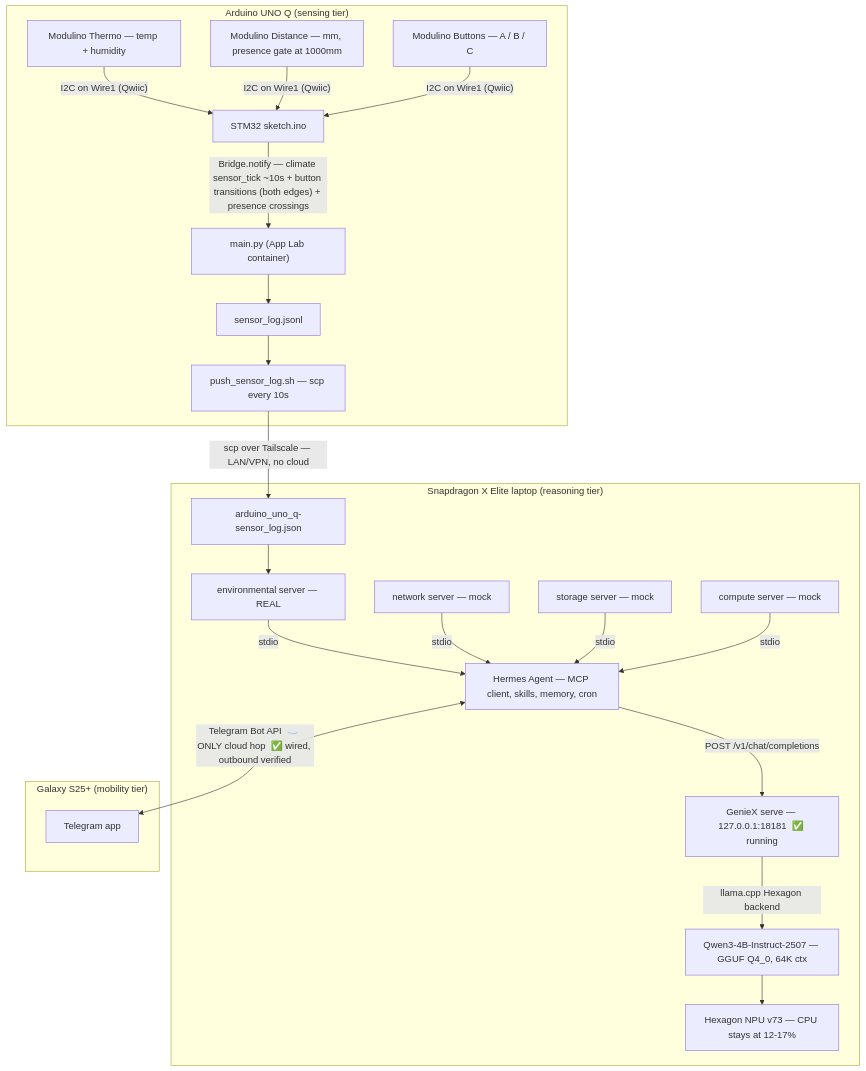
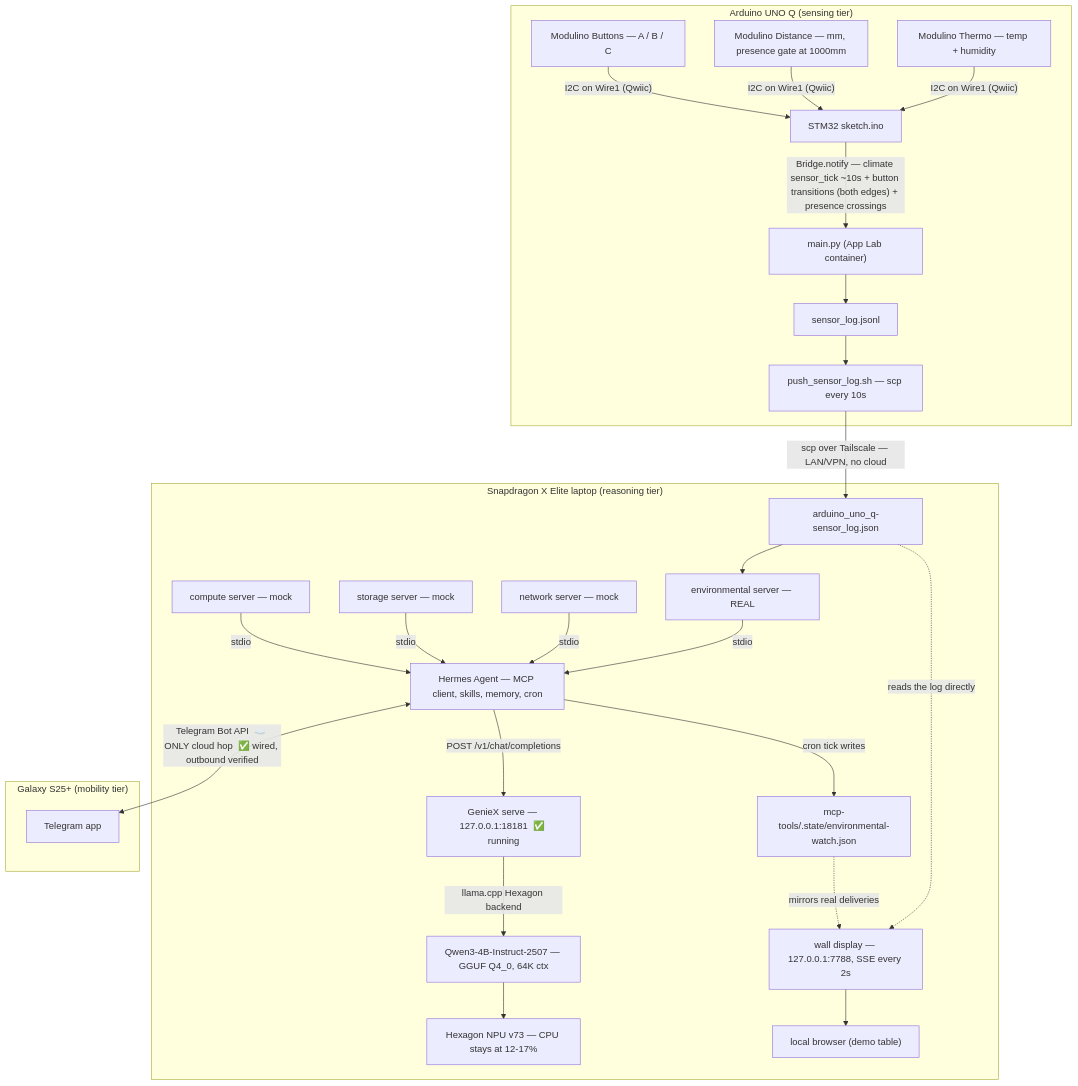
Before and after one commit to aryanil89/SMH-Hermes: the first of 4 diagrams in docs/ARCHITECTURE.md, drawn with Mermaid. The commit also changed other lines of this file and 20 other files, not shown here.

````diff
--- a/docs/ARCHITECTURE.md
+++ b/docs/ARCHITECTURE.md
@@ -17,45 +17,52 @@
 ```mermaid
 flowchart TD
     subgraph board["Arduino UNO Q  (sensing tier)"]
         TH["Modulino Thermo — temp + humidity"]
         DI["Modulino Distance — mm, presence gate at 1000mm"]
         BU["Modulino Buttons — A / B / C"]
         MCU["STM32 sketch.ino"]
         PY["main.py (App Lab container)"]
         LOG["sensor_log.jsonl"]
         PUSH["push_sensor_log.sh — scp every 10s"]
         TH -->|"I2C on Wire1 (Qwiic)"| MCU
         DI -->|"I2C on Wire1 (Qwiic)"| MCU
         BU -->|"I2C on Wire1 (Qwiic)"| MCU
         MCU -->|"Bridge.notify — climate sensor_tick ~10s + button transitions (both edges) + presence crossings"| PY
         PY --> LOG
         LOG --> PUSH
     end
 
     subgraph laptop["Snapdragon X Elite laptop  (reasoning tier)"]
         FILE["arduino_uno_q-sensor_log.json"]
         ENV["environmental server — REAL"]
         NET["network server — mock"]
         STO["storage server — mock"]
         COM["compute server — mock"]
         HA["Hermes Agent — MCP client, skills, memory, cron"]
         GX["GenieX serve — 127.0.0.1:18181  ✅ running"]
         MOD["Qwen3-4B-Instruct-2507 — GGUF Q4_0, 64K ctx"]
         NPU["Hexagon NPU v73 — CPU stays at 12-17%"]
+        STATE["mcp-tools/.state/environmental-watch.json"]
+        WALL["wall display — 127.0.0.1:7788, SSE every 2s"]
+        BROW["local browser (demo table)"]
         FILE --> ENV
         ENV -->|stdio| HA
         NET -->|stdio| HA
         STO -->|stdio| HA
         COM -->|stdio| HA
         HA -->|"POST /v1/chat/completions"| GX
         GX -->|"llama.cpp Hexagon backend"| MOD
         MOD --> NPU
+        HA -->|"cron tick writes"| STATE
+        FILE -.->|"reads the log directly"| WALL
+        STATE -.->|"mirrors real deliveries"| WALL
+        WALL --> BROW
     end
 
     subgraph phone["Galaxy S25+  (mobility tier)"]
         TG["Telegram app"]
     end
 
     PUSH -->|"scp over Tailscale — LAN/VPN, no cloud"| FILE
     HA <-->|"Telegram Bot API  ☁️ ONLY cloud hop  ✅ wired, outbound verified"| TG
 ```
````
